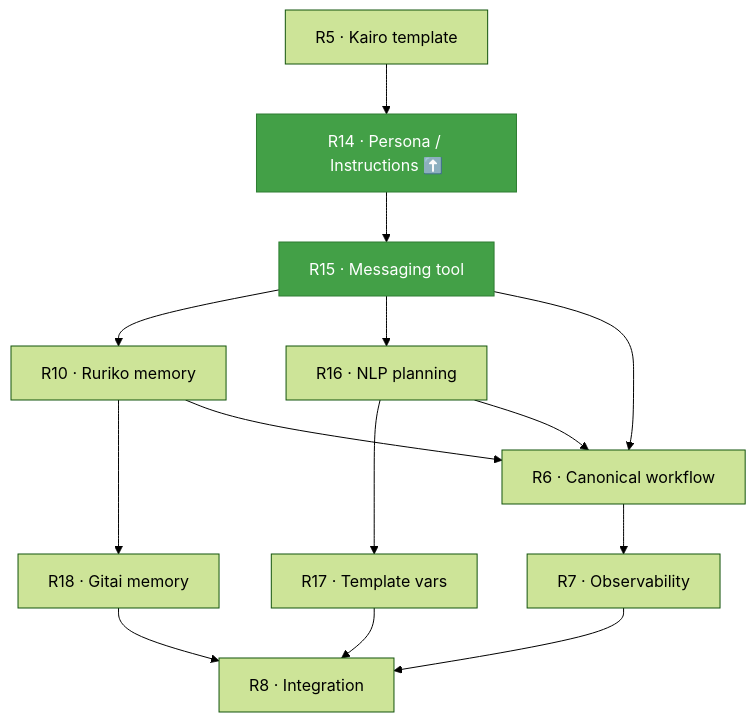
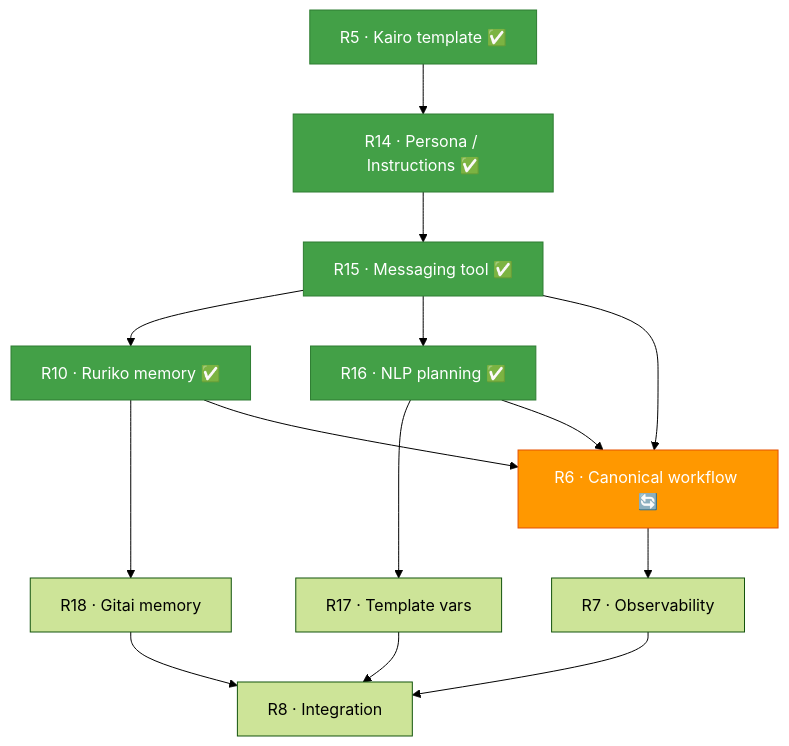
One commit to bdobrica/Ruriko changed the diagram in TODO.md. Above: the diagram before and after it, drawn with Mermaid (forest theme). The commit also changed other lines of this file and 1 other file, not shown here.

First line of the commit message:
Add Phase R16: canonical agents & NLP planning

````diff
--- a/TODO.md
+++ b/TODO.md
@@ -15,26 +15,30 @@
 ```mermaid
 graph TD
-    R5["R5 · Kairo template"]
-    R14["R14 · Persona / Instructions ⬆️"]
-    R15["R15 · Messaging tool"]
-    R10["R10 · Ruriko memory"]
-    R16["R16 · NLP planning"]
+    R5["R5 · Kairo template ✅"]
+    R14["R14 · Persona / Instructions ✅"]
+    R15["R15 · Messaging tool ✅"]
+    R10["R10 · Ruriko memory ✅"]
+    R16["R16 · NLP planning ✅"]
     R18["R18 · Gitai memory"]
     R17["R17 · Template vars"]
-    R6["R6 · Canonical workflow"]
+    R6["R6 · Canonical workflow 🔄"]
     R7["R7 · Observability"]
     R8["R8 · Integration"]
 
     R5 --> R14 --> R15
     R15 --> R10 --> R18
     R15 --> R16 --> R17
     R15 --> R6
     R10 --> R6
     R16 --> R6
     R6 --> R7 --> R8
     R17 --> R8
     R18 --> R8
 
+    style R5 fill:#43a047,stroke:#2e7d32,color:#fff
     style R14 fill:#43a047,stroke:#2e7d32,color:#fff
     style R15 fill:#43a047,stroke:#2e7d32,color:#fff
+    style R10 fill:#43a047,stroke:#2e7d32,color:#fff
+    style R16 fill:#43a047,stroke:#2e7d32,color:#fff
+    style R6 fill:#ff9800,stroke:#e65100,color:#fff
 ```
````
